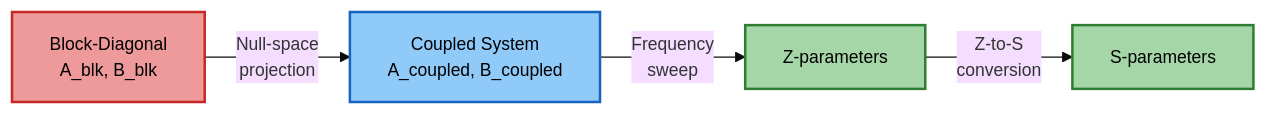
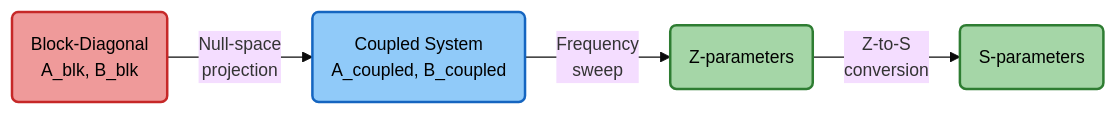
The third of 3 diagrams in docs/theory.md (Dark-Elektron/cavsim3d), drawn with Mermaid before and after one commit. The commit also changed other lines of this file and 1 other file, not shown here.

````diff
--- a/docs/theory.md
+++ b/docs/theory.md
@@ -421,10 +421,10 @@
 ```mermaid
 %%{init: {'theme': 'base', 'themeVariables': {'fontSize': '14px'}}}%%
 graph LR
-    BLK["Block-Diagonal<br/>A_blk, B_blk"]:::full -->|"Null-space<br/>projection"| COUPLED["Coupled System<br/>A_coupled, B_coupled"]:::reduced
-    COUPLED -->|"Frequency<br/>sweep"| Z["Z-parameters"]:::result
-    Z -->|"Z-to-S<br/>conversion"| S["S-parameters"]:::result
+    BLK("Block-Diagonal<br/>A_blk, B_blk"):::full -->|"Null-space<br/>projection"| COUPLED("Coupled System<br/>A_coupled, B_coupled"):::reduced
+    COUPLED -->|"Frequency<br/>sweep"| Z("Z-parameters"):::result
+    Z -->|"Z-to-S<br/>conversion"| S("S-parameters"):::result
     classDef full fill:#ef9a9a,stroke:#c62828,stroke-width:2px,color:#000
     classDef reduced fill:#90caf9,stroke:#1565c0,stroke-width:2px,color:#000
     classDef result fill:#a5d6a7,stroke:#2e7d32,stroke-width:2px,color:#000
 ```
````
